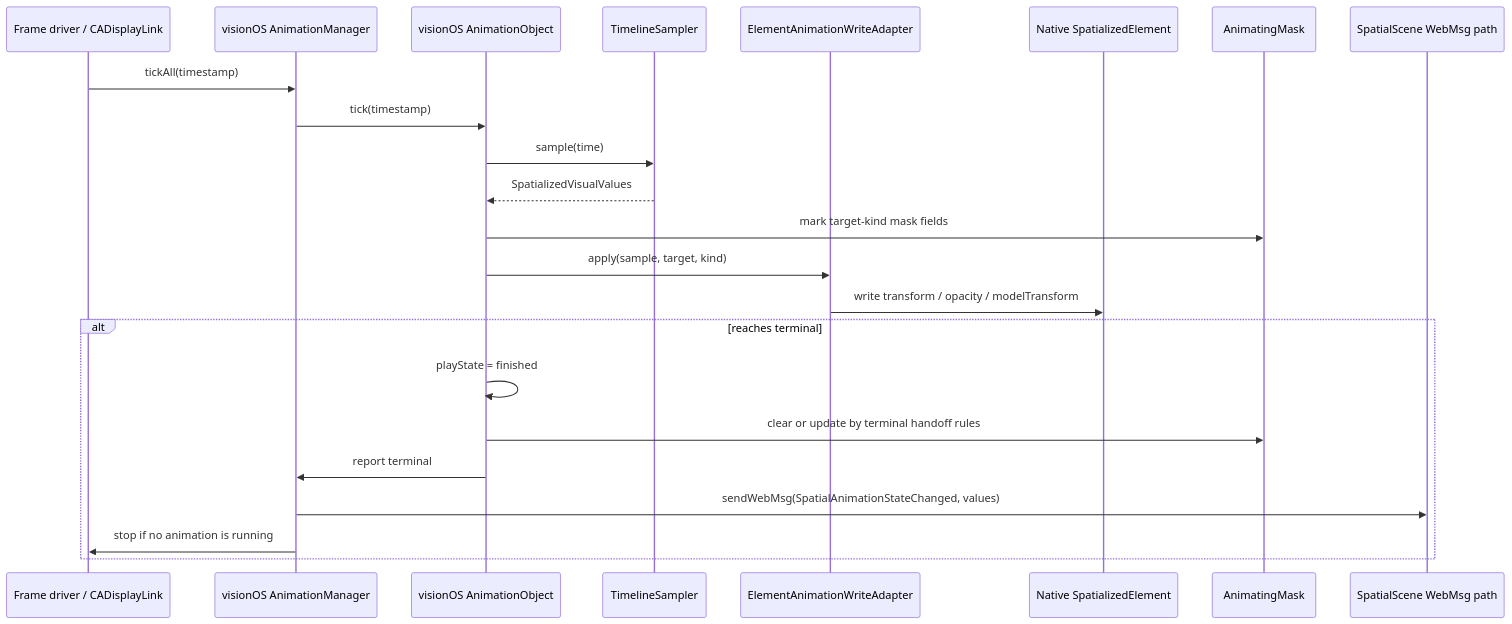
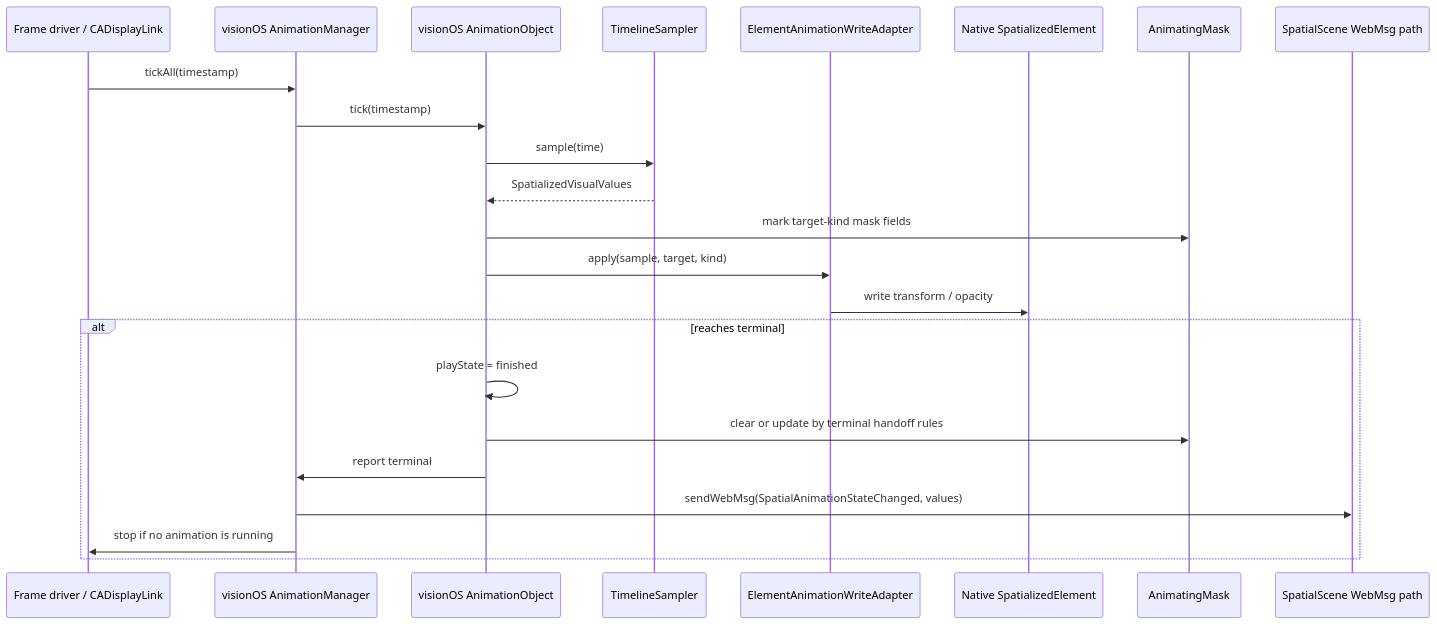
The fourth of 6 diagrams in openspec/changes/spatialized-element-motion-api/design.md (webspatial/webspatial-sdk), drawn with Mermaid before and after one commit. The commit also changed other lines of this file and 13 other files, not shown here.

````diff
--- a/openspec/changes/spatialized-element-motion-api/design.md
+++ b/openspec/changes/spatialized-element-motion-api/design.md
@@ -376,27 +375,27 @@
 ```mermaid
 sequenceDiagram
   participant Driver as Frame driver / CADisplayLink
   participant Manager as visionOS AnimationManager
   participant Obj as visionOS AnimationObject
   participant Sampler as TimelineSampler
   participant Adapter as ElementAnimationWriteAdapter
   participant Element as Native SpatializedElement
   participant Mask as AnimatingMask
   participant Scene as SpatialScene WebMsg path
 
   Driver->>Manager: tickAll(timestamp)
   Manager->>Obj: tick(timestamp)
   Obj->>Sampler: sample(time)
   Sampler-->>Obj: SpatializedVisualValues
   Obj->>Mask: mark target-kind mask fields
   Obj->>Adapter: apply(sample, target, kind)
-  Adapter->>Element: write transform / opacity / modelTransform
+  Adapter->>Element: write transform / opacity
 
   alt reaches terminal
     Obj->>Obj: playState = finished
     Obj->>Mask: clear or update by terminal handoff rules
     Obj->>Manager: report terminal
     Manager->>Scene: sendWebMsg(SpatialAnimationStateChanged, values)
     Manager->>Driver: stop if no animation is running
   end
 ```
````
